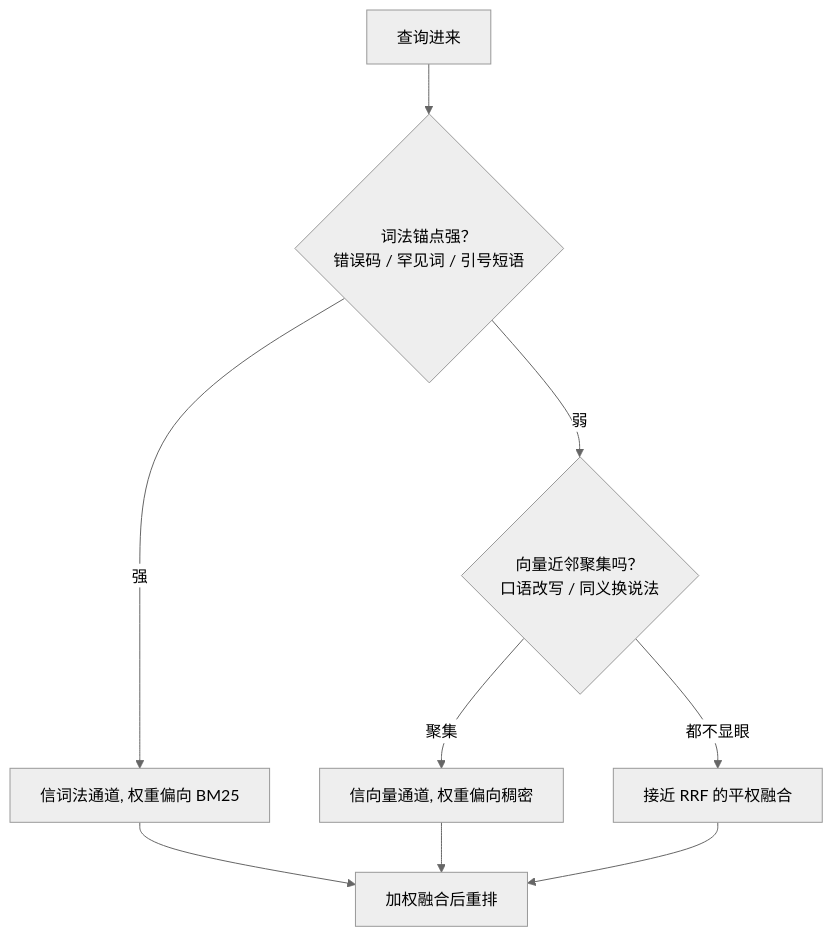
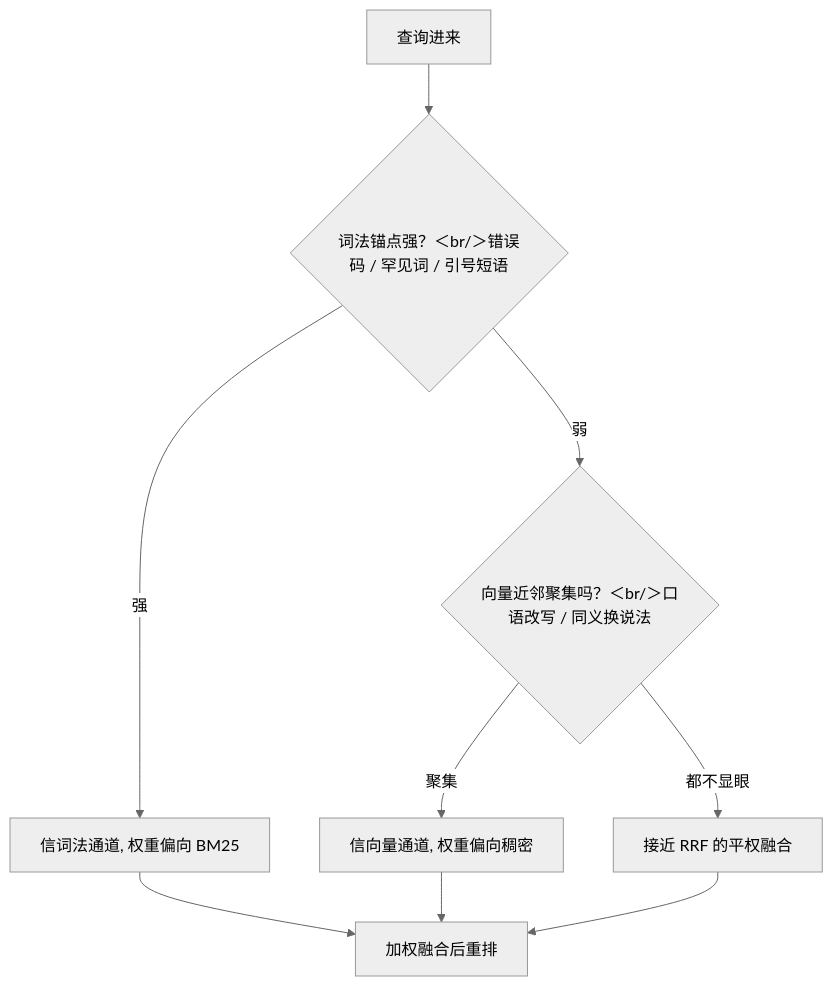
Before and after one commit to xhongduo-tech/xhongduo-tech.github.io: the second of 2 diagrams in docs/llm/rag-hybrid-weight-learning.md, drawn with Mermaid (neutral theme). The commit also changed 291 other files, not shown here.

Commit message:
Normalize lesson titles to tree names and repair mermaid arrow/quote syntax site-wide.

````diff
--- a/docs/llm/rag-hybrid-weight-learning.md
+++ b/docs/llm/rag-hybrid-weight-learning.md
@@ -41,11 +41,11 @@
 ```mermaid
 flowchart TD
-  Q["查询进来"] --> A{"词法锚点强？<br/>错误码 / 罕见词 / 引号短语"}
+  Q["查询进来"] --> A{"词法锚点强？＜br/＞错误码 / 罕见词 / 引号短语"}
   A -- "强" --> LEX["信词法通道, 权重偏向 BM25"]
-  A -- "弱" --> B{"向量近邻聚集吗？<br/>口语改写 / 同义换说法"}
+  A -- "弱" --> B{"向量近邻聚集吗？＜br/＞口语改写 / 同义换说法"}
   B -- "聚集" --> VEC["信向量通道, 权重偏向稠密"]
   B -- "都不显眼" --> MIX["接近 RRF 的平权融合"]
   LEX --> FUSE["加权融合后重排"]
   VEC --> FUSE
   MIX --> FUSE
 ```
````
